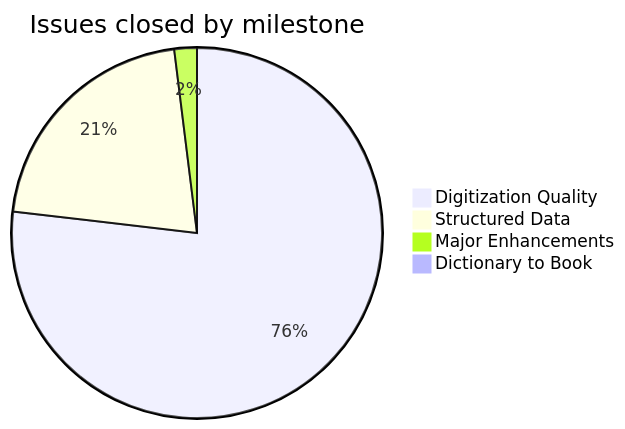
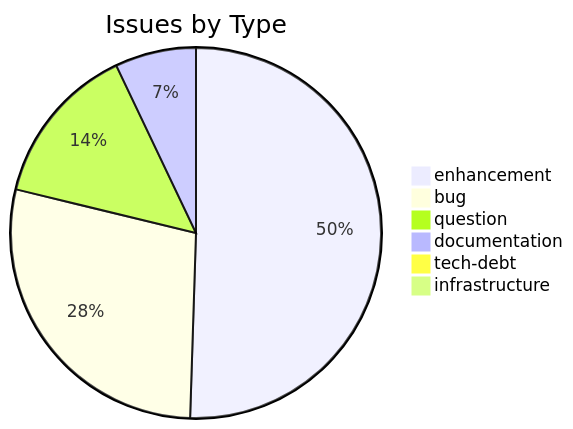
One commit to sanskrit-lexicon/csl-corrections changed the first of 2 diagrams in README.md. Above: the diagram before and after it, drawn with Mermaid. The commit also changed other lines of this file, not shown here.

````diff
--- a/README.md
+++ b/README.md
@@ -118,7 +20,9 @@
 ```mermaid
-pie title Issues closed by milestone
-  "Digitization Quality" : 156
-  "Structured Data" : 43
-  "Major Enhancements" : 4
-  "Dictionary to Book" : 2
+pie title Issues by Type
+    "enhancement" : 50
+    "bug" : 28
+    "question" : 14
+    "documentation" : 7
+    "tech-debt" : 1
+    "infrastructure" : 1
 ```
````
